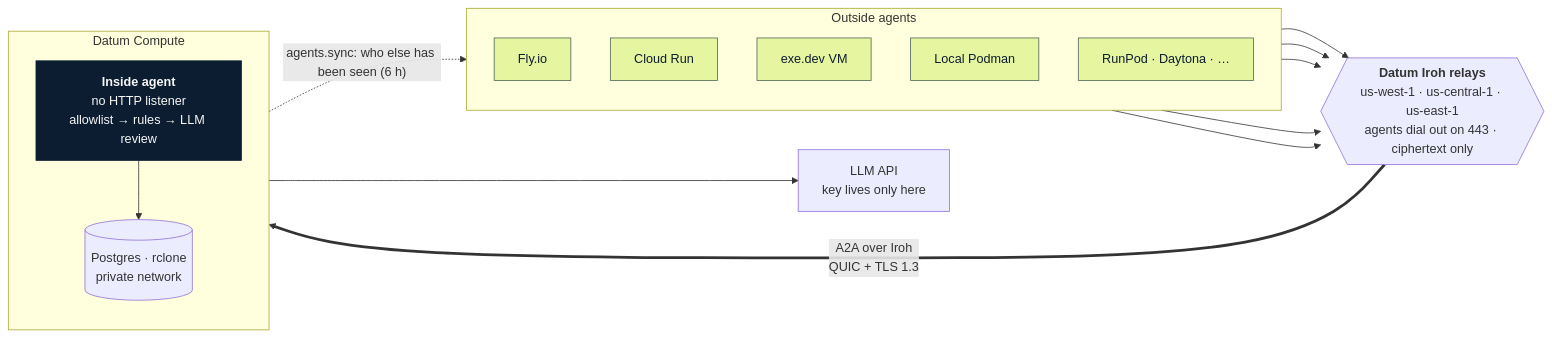
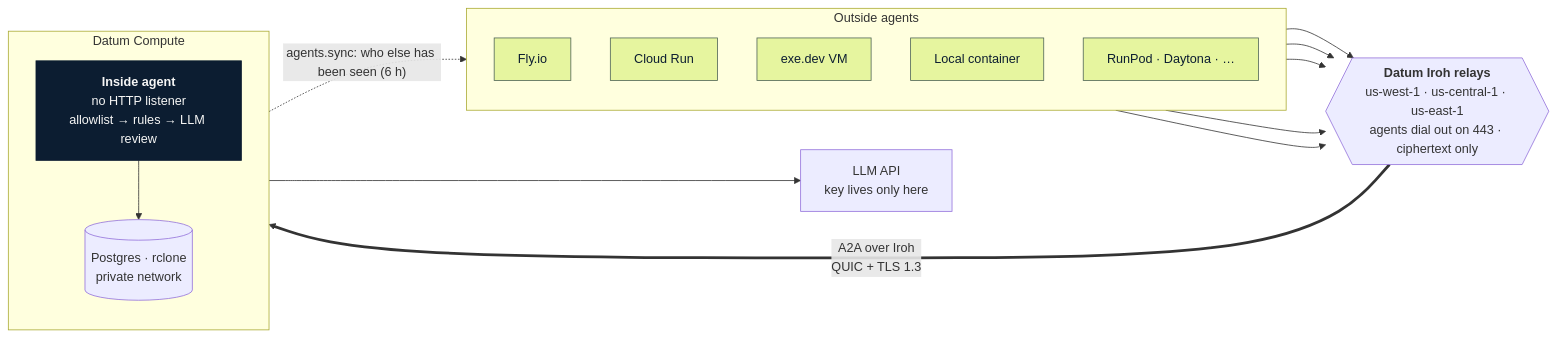
One commit to dlotterman/sandbox-2-datum changed the diagram in README.md. Above: the diagram before and after it, drawn with Mermaid. The commit also changed other lines of this file and 7 other files, not shown here.

````diff
--- a/README.md
+++ b/README.md
@@ -7,36 +7,36 @@
 ```mermaid
 flowchart LR
   subgraph outside["Outside agents"]
     direction TB
     fly["Fly.io"]
     cr["Cloud Run"]
     exe["exe.dev VM"]
-    pod["Local Podman"]
+    pod["Local container"]
     more["RunPod · Daytona · …"]
   end
 
   relays{{"<b>Datum Iroh relays</b><br/>us-west-1 · us-central-1 · us-east-1<br/>agents dial out on 443 · ciphertext only"}}
 
   subgraph datum["Datum Compute"]
     direction TB
     inside["<b>Inside agent</b><br/>no HTTP listener<br/>allowlist → rules → LLM review"]
     data[("Postgres · rclone<br/>private network")]
   end
 
   llm["LLM API<br/>key lives only here"]
 
   fly --> relays
   cr --> relays
   exe --> relays
   pod --> relays
   more --> relays
   relays == "A2A over Iroh<br/>QUIC + TLS 1.3" ==> inside
   inside --> data
   inside --> llm
   inside -. "agents.sync: who else has been seen (6 h)" .-> outside
 
   classDef agent fill:#e6f59f,stroke:#4d6356,color:#0c1d31
   classDef core fill:#0c1d31,stroke:#0c1d31,color:#f6f6f5
   class fly,cr,exe,pod,more agent
   class inside core
 ```
````
